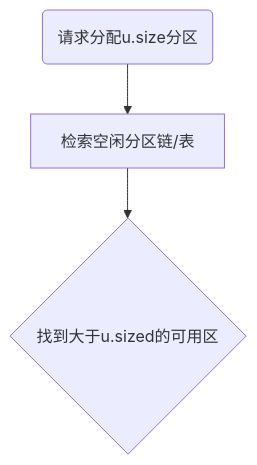
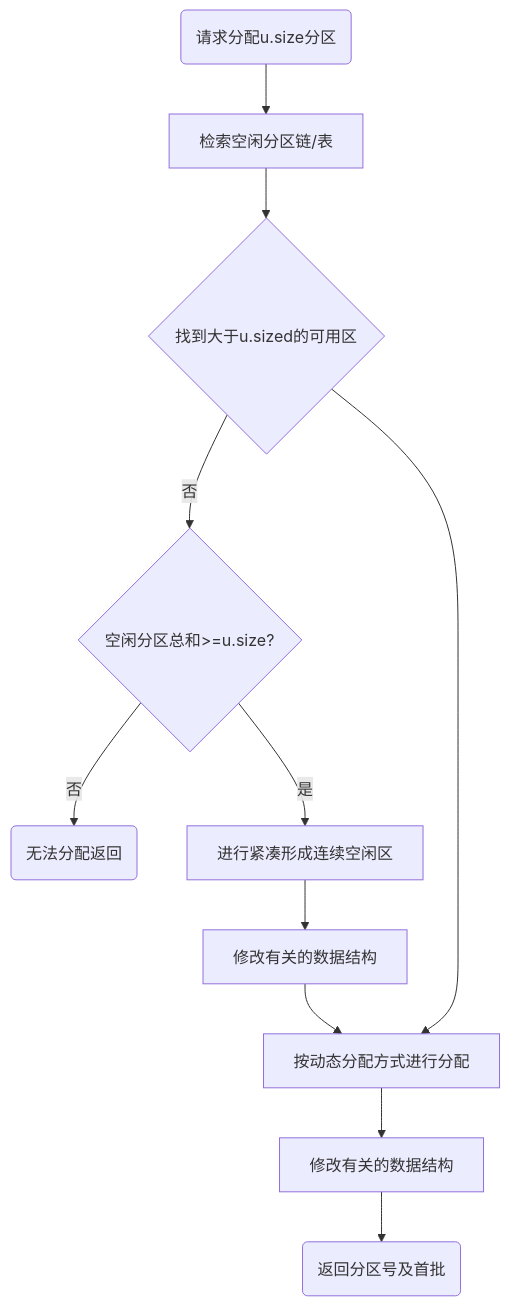
Before and after one commit to marktlen/Notebook_class-notes: the diagram in 操作系统/内存管理.md, drawn with Mermaid. The commit also changed other lines of this file and 4 other files, not shown here.

````diff
--- a/操作系统/内存管理.md
+++ b/操作系统/内存管理.md
@@ -138,5 +140,13 @@
 ```mermaid
 graph TB
 a(请求分配u.size分区) --> b[检索空闲分区链/表 ]
 b--> c{找到大于u.sized的可用区}
+c-->|否|d{空闲分区总和>=u.size?}
+d-->|否|e(无法分配返回)
+d-->|是|e2[进行紧凑形成连续空闲区]
+e2-->e3[修改有关的数据结构]
+c-->d1[按动态分配方式进行分配]
+e3-->d1
+d1-->d2[修改有关的数据结构]
+d2-->f(返回分区号及首批)
 ```
````
